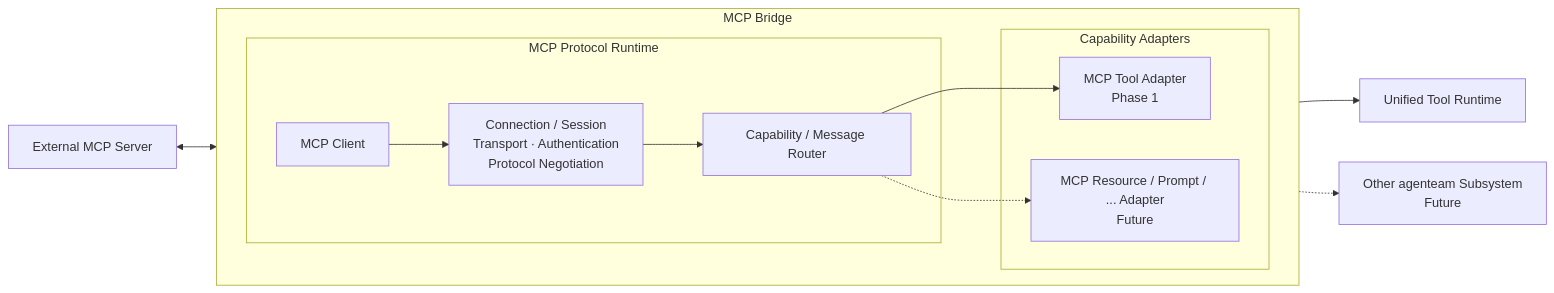
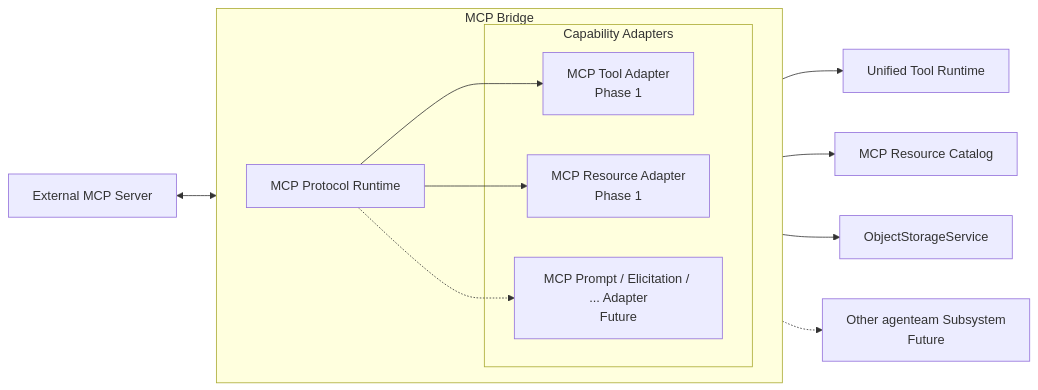
One commit to LunaDeerTech/agenteam changed the third of 4 diagrams in docs/architecture/mcp-integration.md. Above: the diagram before and after it, drawn with Mermaid. The commit also changed other lines of this file and 13 other files, not shown here.

Commit message:
docs: refine MCP integration and artifact architecture

```diff
--- a/docs/architecture/mcp-integration.md
+++ b/docs/architecture/mcp-integration.md
@@ -186,33 +135,31 @@
 ~~~mermaid
 flowchart LR
     Server["External MCP Server"]
 
     subgraph Bridge["MCP Bridge"]
         direction LR
 
-        subgraph Protocol["MCP Protocol Runtime"]
-            Client["MCP Client"]
-            Session["Connection / Session<br/>Transport · Authentication<br/>Protocol Negotiation"]
-            Router["Capability / Message Router"]
-        end
+        Protocol["MCP Protocol Runtime"]
 
         subgraph Adapters["Capability Adapters"]
             ToolAdapter["MCP Tool Adapter<br/>Phase 1"]
-            FutureAdapter["MCP Resource / Prompt / ... Adapter<br/>Future"]
+            ResourceAdapter["MCP Resource Adapter<br/>Phase 1"]
+            FutureAdapter["MCP Prompt / Elicitation / ... Adapter<br/>Future"]
         end
 
-        Client --> Session
-        Session --> Router
-
-        Router --> ToolAdapter
-        Router -.-> FutureAdapter
+        Protocol --> ToolAdapter
+        Protocol --> ResourceAdapter
+        Protocol -.-> FutureAdapter
     end
 
     ToolRuntime["Unified Tool Runtime"]
+    ResourceCatalog["MCP Resource Catalog"]
+    ObjectStorage["ObjectStorageService"]
     FutureSubsystem["Other agenteam Subsystem<br/>Future"]
 
-    Server <--> Client
-
+    Server <--> Protocol
     ToolAdapter --> ToolRuntime
+    ResourceAdapter --> ResourceCatalog
+    ResourceAdapter --> ObjectStorage
     FutureAdapter -.-> FutureSubsystem
 ~~~
```
